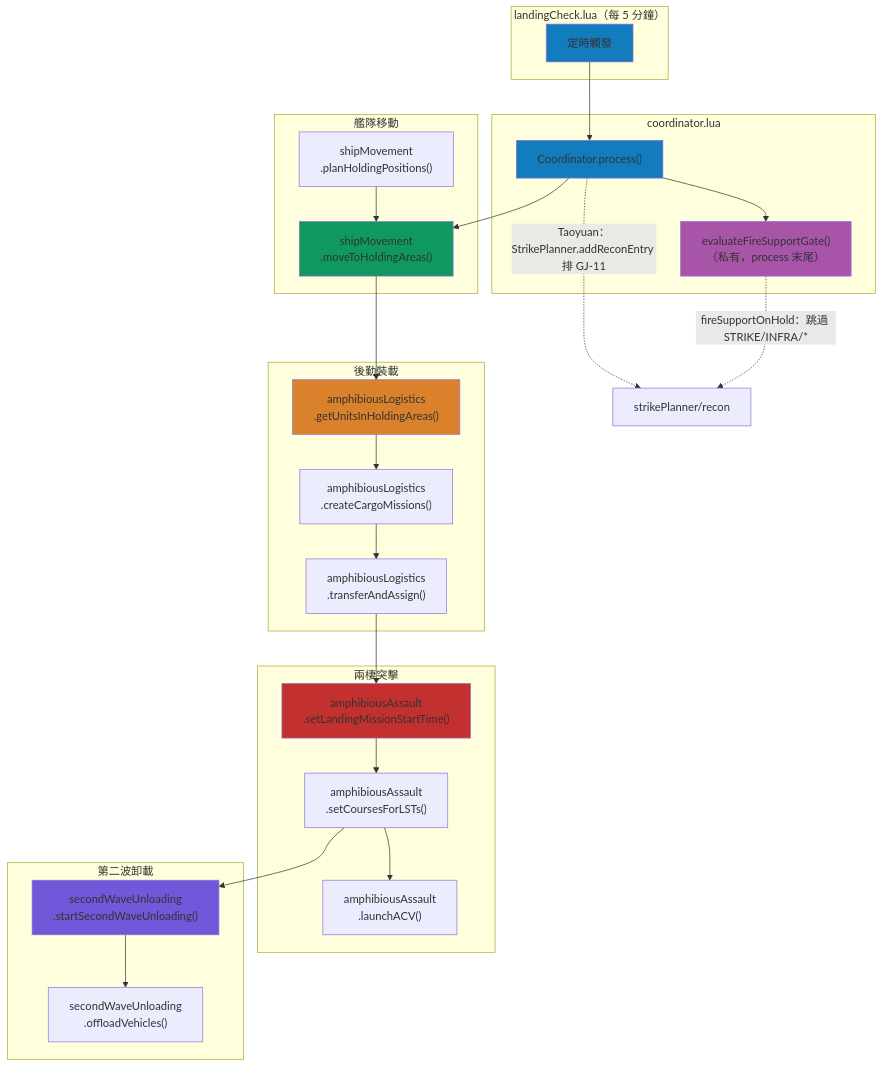
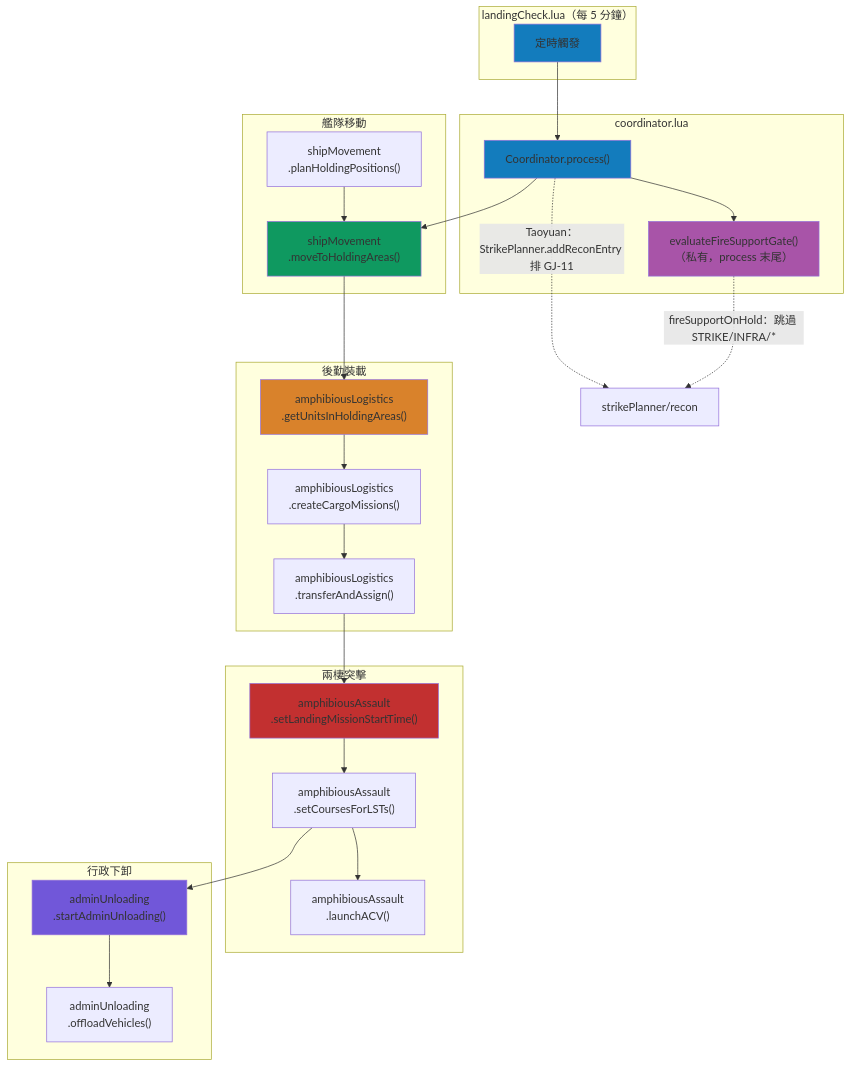
Before and after one commit to pullupjumper/formosa-in-flames: the first of 3 diagrams in docs/landingOps/README.md, drawn with Mermaid. The commit also changed other lines of this file and 20 other files, not shown here.

First line of the commit message:
refactor(landingOps): rename secondWaveUnloading to adminUnloading and boat to hovercraft

````diff
--- a/docs/landingOps/README.md
+++ b/docs/landingOps/README.md
@@ -63,53 +63,53 @@
 ```mermaid
 flowchart TB
     subgraph 觸發器["landingCheck.lua（每 5 分鐘）"]
         TRIGGER[定時觸發]
     end
 
     subgraph 編排層["coordinator.lua"]
         COORD["Coordinator.process()"]
         GATE["evaluateFireSupportGate()<br>（私有，process 末尾）"]
     end
 
     subgraph 階段一["艦隊移動"]
         SM["shipMovement<br>.moveToHoldingAreas()"]
         CALC["shipMovement<br>.planHoldingPositions()"]
     end
 
     subgraph 階段二["後勤裝載"]
         AL_GET["amphibiousLogistics<br>.getUnitsInHoldingAreas()"]
         AL_CREATE["amphibiousLogistics<br>.createCargoMissions()"]
         AL_TRANSFER["amphibiousLogistics<br>.transferAndAssign()"]
     end
 
     subgraph 階段三["兩棲突擊"]
         AA_TIME["amphibiousAssault<br>.setLandingMissionStartTime()"]
         AA_COURSE["amphibiousAssault<br>.setCoursesForLSTs()"]
         AA_ACV["amphibiousAssault<br>.launchACV()"]
     end
 
-    subgraph 階段四["第二波卸載"]
-        SW_START["secondWaveUnloading<br>.startSecondWaveUnloading()"]
-        SW_OFFLOAD["secondWaveUnloading<br>.offloadVehicles()"]
+    subgraph 階段四["行政下卸"]
+        SW_START["adminUnloading<br>.startAdminUnloading()"]
+        SW_OFFLOAD["adminUnloading<br>.offloadVehicles()"]
     end
 
     TRIGGER --> COORD
     COORD --> SM
     CALC --> SM
     SM --> AL_GET
     AL_GET --> AL_CREATE --> AL_TRANSFER
     AL_TRANSFER --> AA_TIME --> AA_COURSE
     AA_COURSE --> AA_ACV
     AA_COURSE --> SW_START --> SW_OFFLOAD
     COORD --> GATE
     COORD -.->|Taoyuan：StrikePlanner.addReconEntry 排 GJ-11| RECON["strikePlanner/recon"]
     GATE -.->|fireSupportOnHold：跳過 STRIKE/INFRA/*| RECON
 
     style TRIGGER fill:#137cbd
     style COORD fill:#137cbd
     style GATE fill:#a854a8
     style SM fill:#0f9960
     style AL_GET fill:#d9822b
     style AA_TIME fill:#c23030
     style SW_START fill:#7157d9
 ```
````
